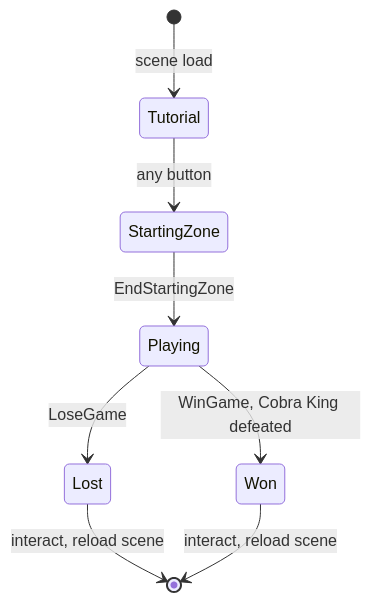
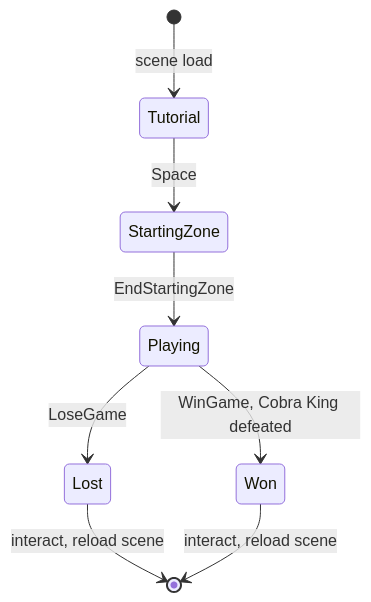
One commit to CSCI-526/Team4-Lu_Lu changed the second of 2 diagrams in docs/monkobra-tdd.md. Above: the diagram before and after it, drawn with Mermaid. The commit also changed other lines of this file and 4 other files, not shown here.

First line of the commit message:
tutorial starts only on Space; prompt reads Press Space Bar to Start

````diff
--- a/docs/monkobra-tdd.md
+++ b/docs/monkobra-tdd.md
@@ -72,10 +72,10 @@
 ```mermaid
 stateDiagram-v2
   [*] --> Tutorial: scene load
-  Tutorial --> StartingZone: any button
+  Tutorial --> StartingZone: Space
   StartingZone --> Playing: EndStartingZone
   Playing --> Lost: LoseGame
   Lost --> [*]: interact, reload scene
   Playing --> Won: WinGame, Cobra King defeated
   Won --> [*]: interact, reload scene
 ```
````
